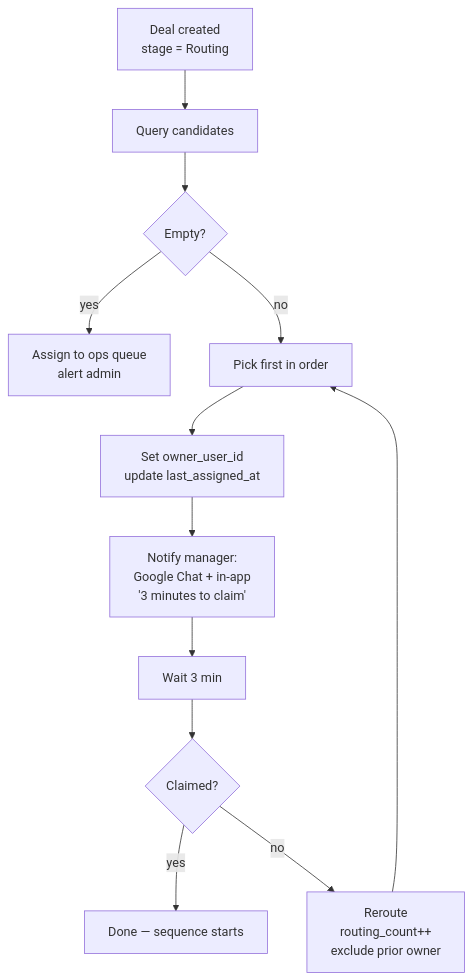
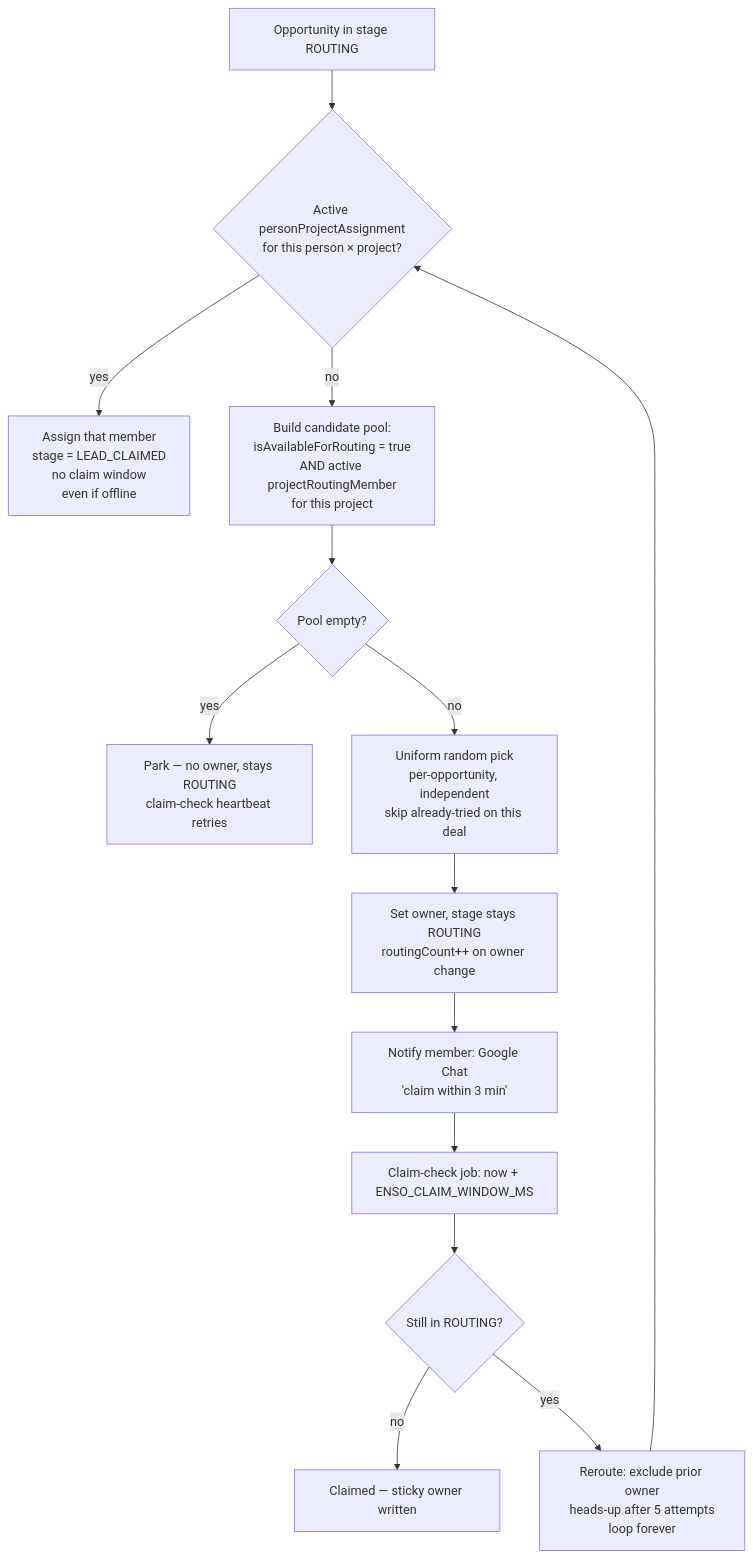
The diagram in content/docs/systems/routing.md (corporateready/enso-crm), drawn with Mermaid before and after one commit. The commit also changed other lines of this file and 4 other files, not shown here.

First line of the commit message:
docs(enso): correct routing as-built — member pool + random pick, drop sales_manager/round-robin

````diff
--- a/content/docs/systems/routing.md
+++ b/content/docs/systems/routing.md
@@ -14,14 +26,16 @@
 ```mermaid
 flowchart TD
-    NewDeal[Deal created<br/>stage = Routing] --> Candidates[Query candidates]
-    Candidates --> Empty{Empty?}
-    Empty -- yes --> Fallback[Assign to ops queue<br/>alert admin]
-    Empty -- no --> Pick[Pick first in order]
-    Pick --> Assign[Set owner_user_id<br/>update last_assigned_at]
-    Assign --> Notify[Notify manager:<br/>Google Chat + in-app<br/>'3 minutes to claim']
-    Notify --> Wait[Wait 3 min]
-    Wait --> Check{Claimed?}
-    Check -- yes --> Done[Done — sequence starts]
-    Check -- no --> Reroute[Reroute<br/>routing_count++<br/>exclude prior owner]
-    Reroute --> Pick
+    NewDeal[Opportunity in stage ROUTING] --> Sticky{Active personProjectAssignment<br/>for this person × project?}
+    Sticky -- yes --> AutoClaim[Assign that member<br/>stage = LEAD_CLAIMED<br/>no claim window<br/>even if offline]
+    Sticky -- no --> Pool[Build candidate pool:<br/>isAvailableForRouting = true<br/>AND active projectRoutingMember<br/>for this project]
+    Pool --> Empty{Pool empty?}
+    Empty -- yes --> Park[Park — no owner, stays ROUTING<br/>claim-check heartbeat retries]
+    Empty -- no --> Pick[Uniform random pick<br/>per-opportunity, independent<br/>skip already-tried on this deal]
+    Pick --> Assign[Set owner, stage stays ROUTING<br/>routingCount++ on owner change]
+    Assign --> Notify[Notify member: Google Chat<br/>'claim within 3 min']
+    Notify --> Wait[Claim-check job: now + ENSO_CLAIM_WINDOW_MS]
+    Wait --> Check{Still in ROUTING?}
+    Check -- no --> Done[Claimed — sticky owner written]
+    Check -- yes --> Reroute[Reroute: exclude prior owner<br/>heads-up after 5 attempts<br/>loop forever]
+    Reroute --> Sticky
 ```
````
